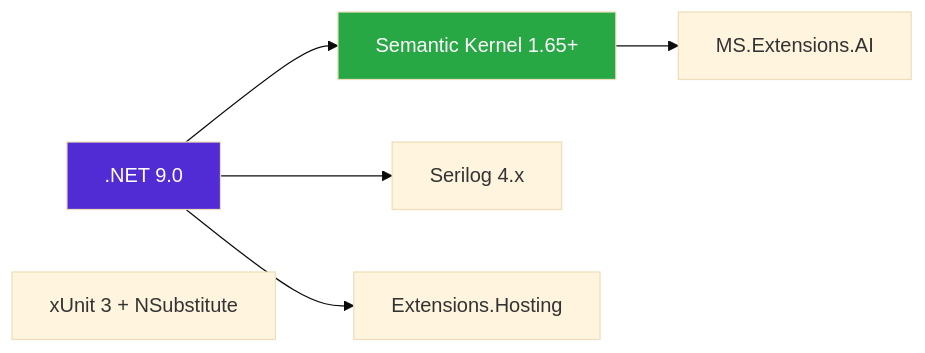
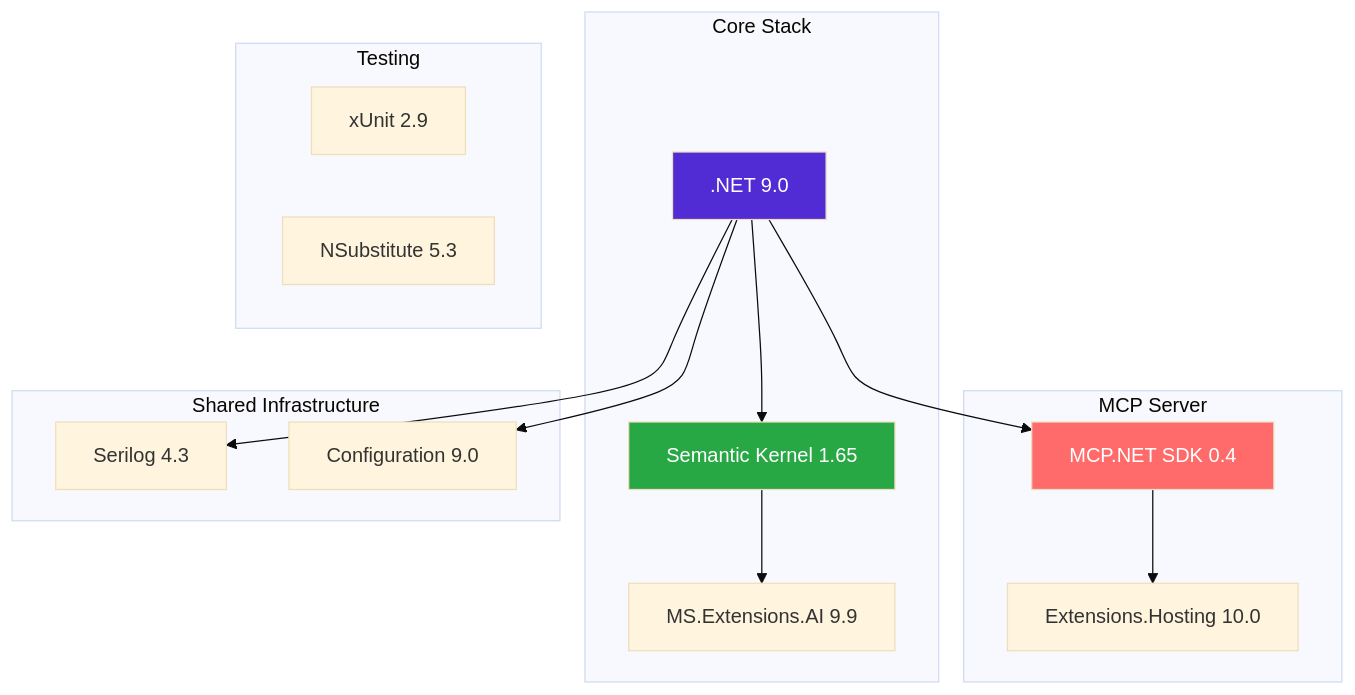
The eighth of 8 diagrams in README.md (peterblazejewicz/mcp-dotnet-cli-workshop), drawn with Mermaid (base theme) before and after one commit. The commit also changed other lines of this file, not shown here.

Commit message:
docs: update Quick Start and Stack sections for accuracy
Quick Start Updates:
- Split into two sections: SK Chat App and MCP Server
- Add explicit commands for running both projects
- Include MCP Inspector command for server testing
- Clarify use cases for each mode

Stack Updates:
- Update to accurate package versions from Directory.Packages.props
- Add MCP.NET SDK 0.4 (ModelContextProtocol package)
- Add Extensions.Hosting 10.0 preview
- Update MS.Extensions.AI to 9.9
- Update xUnit to 2.9, NSubstitute to 5.3
- Reorganize diagram into logical groups (Core, Server, Shared, Testing)
- Add visual distinction for MCP server stack

These changes reflect the current state of the solution with two runnable
projects and accurate dependency versions.

````diff
--- a/README.md
+++ b/README.md
@@ -335,11 +347,34 @@
 ```mermaid
-flowchart LR
-  net[.NET 9.0] --> sk[Semantic Kernel 1.65+]
-  net --> serilog[Serilog 4.x]
-  net --> hosting[Extensions.Hosting]
-  sk --> msai[MS.Extensions.AI]
-  testing[xUnit 3 + NSubstitute]
+flowchart TB
+  subgraph core["Core Stack"]
+    net[.NET 9.0]
+    sk[Semantic Kernel 1.65]
+    msai[MS.Extensions.AI 9.9]
+  end
+  
+  subgraph server["MCP Server"]
+    mcp[MCP.NET SDK 0.4]
+    hosting[Extensions.Hosting 10.0]
+  end
+  
+  subgraph shared["Shared Infrastructure"]
+    serilog[Serilog 4.3]
+    config[Configuration 9.0]
+  end
+  
+  subgraph testing["Testing"]
+    xunit[xUnit 2.9]
+    nsub[NSubstitute 5.3]
+  end
+  
+  net --> sk
+  net --> mcp
+  sk --> msai
+  mcp --> hosting
+  net --> serilog
+  net --> config
   
   style net fill:#512bd4,color:#fff
   style sk fill:#28a745,color:#fff
+  style mcp fill:#ff6b6b,color:#fff
 ```
````
